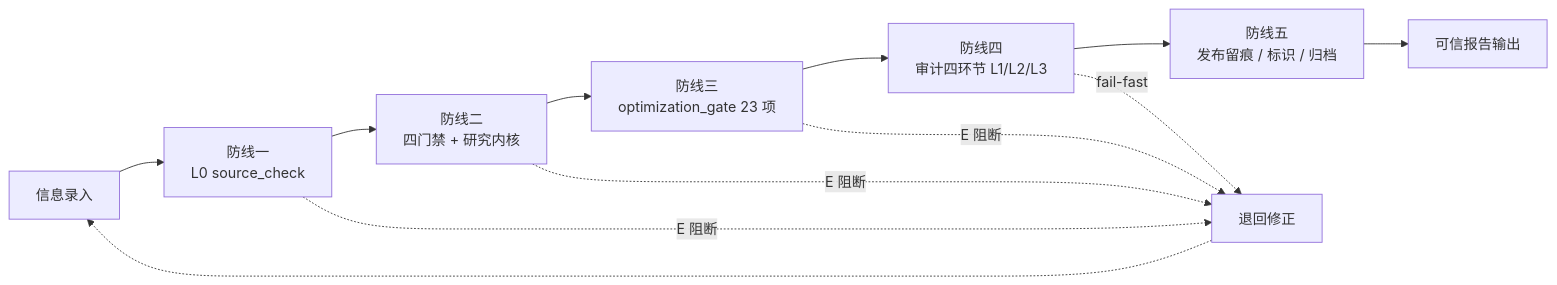
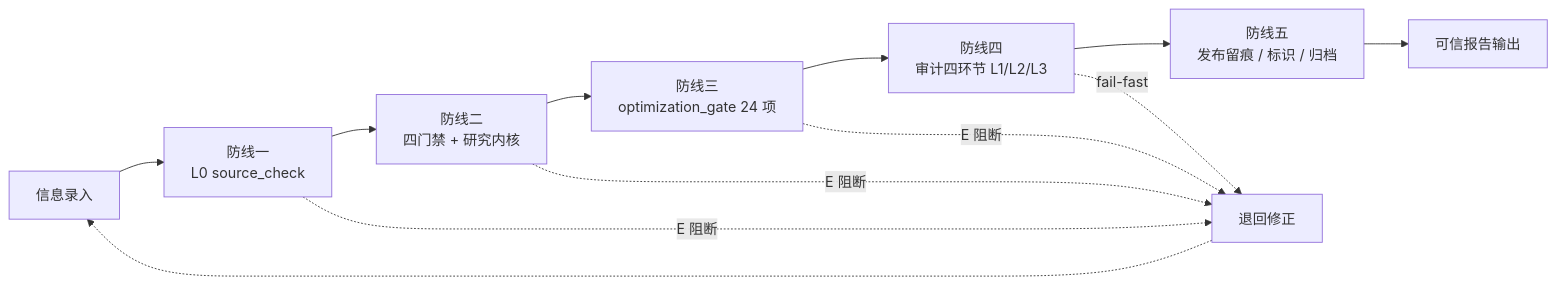
One commit to hmbphxkw76-byte/tech-context-digest changed the second of 4 diagrams in engine/docs/report-pipeline-system.md. Above: the diagram before and after it, drawn with Mermaid. The commit also changed other lines of this file and 43 other files, not shown here.

````diff
--- a/engine/docs/report-pipeline-system.md
+++ b/engine/docs/report-pipeline-system.md
@@ -59,14 +59,14 @@
 ```mermaid
 flowchart LR
     IN["信息录入"] --> D1["防线一<br/>L0 source_check"]
     D1 --> D2["防线二<br/>四门禁 + 研究内核"]
-    D2 --> D3["防线三<br/>optimization_gate 23 项"]
+    D2 --> D3["防线三<br/>optimization_gate 24 项"]
     D3 --> D4["防线四<br/>审计四环节 L1/L2/L3"]
     D4 --> D5["防线五<br/>发布留痕 / 标识 / 归档"]
     D5 --> OUT["可信报告输出"]
     D1 -. "E 阻断" .-> BLOCK["退回修正"]
     D2 -. "E 阻断" .-> BLOCK
     D3 -. "E 阻断" .-> BLOCK
     D4 -. "fail-fast" .-> BLOCK
     BLOCK -.-> IN
 ```
````
